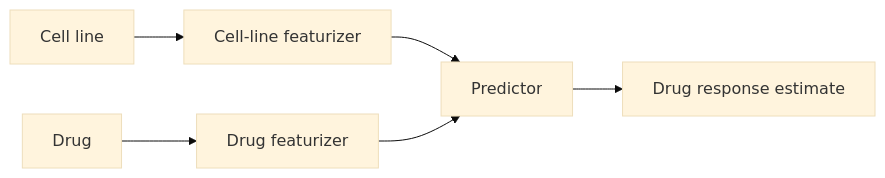
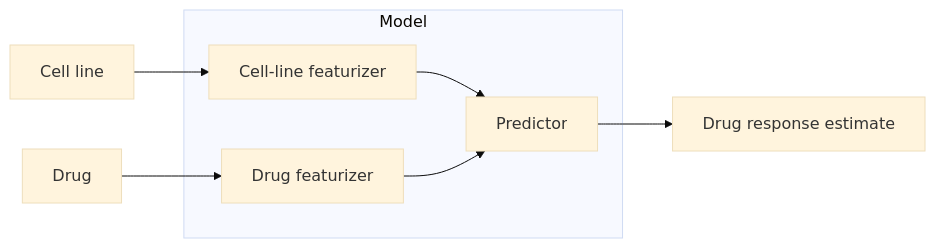
One commit to daisybio/drevalpy changed the diagram in docs/concepts/component_catalog.rst. Above: the diagram before and after it, drawn with Mermaid (base theme). The commit also changed other lines of this file and 5 other files, not shown here.

```diff
--- a/docs/concepts/component_catalog.rst
+++ b/docs/concepts/component_catalog.rst
@@ -11,15 +11,18 @@
 .. mermaid::
 
    flowchart LR
       cellLineData["Cell line"]
       drugData["Drug"]
-      cellLineFeaturizer["Cell-line featurizer"]
-      drugFeaturizer["Drug featurizer"]
-      predictor["Predictor"]
       responseEstimate["Drug response estimate"]
+
+      subgraph model [Model]
+         cellLineFeaturizer["Cell-line featurizer"]
+         drugFeaturizer["Drug featurizer"]
+         predictor["Predictor"]
+      end
 
       cellLineData --> cellLineFeaturizer
       drugData --> drugFeaturizer
       cellLineFeaturizer --> predictor
       drugFeaturizer --> predictor
       predictor --> responseEstimate
```
